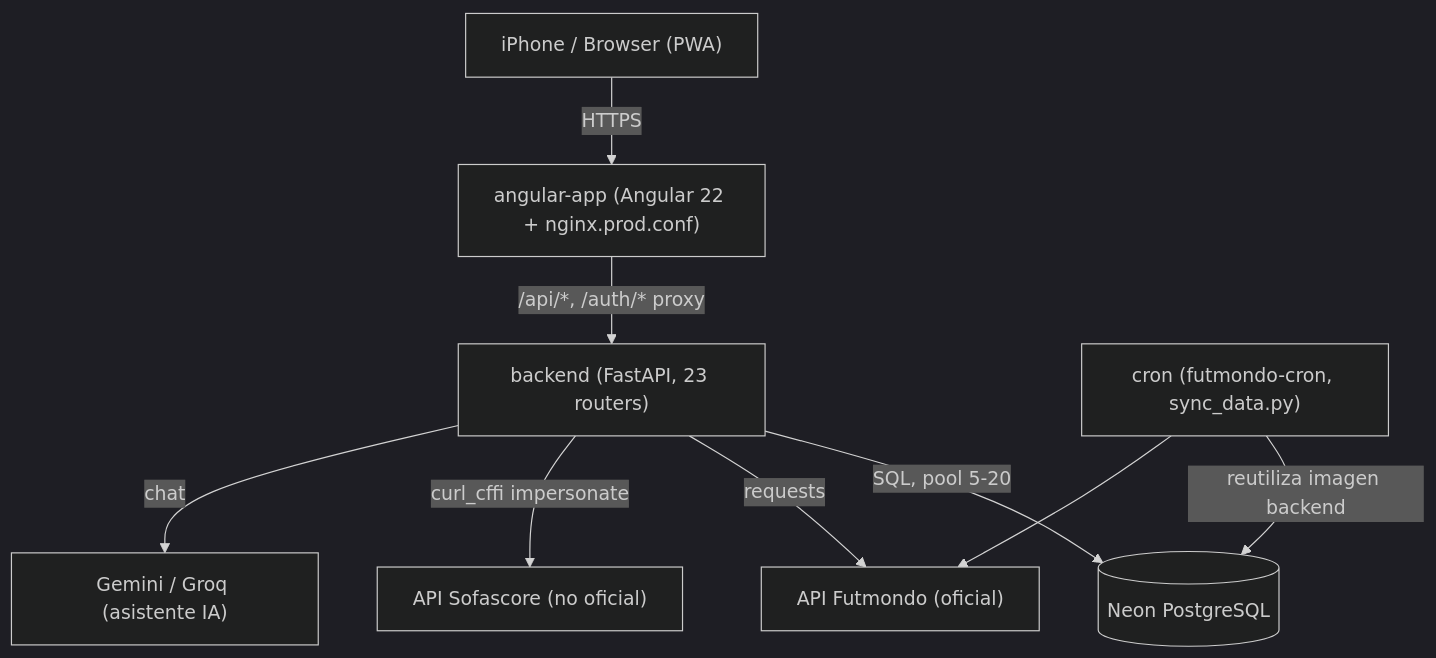
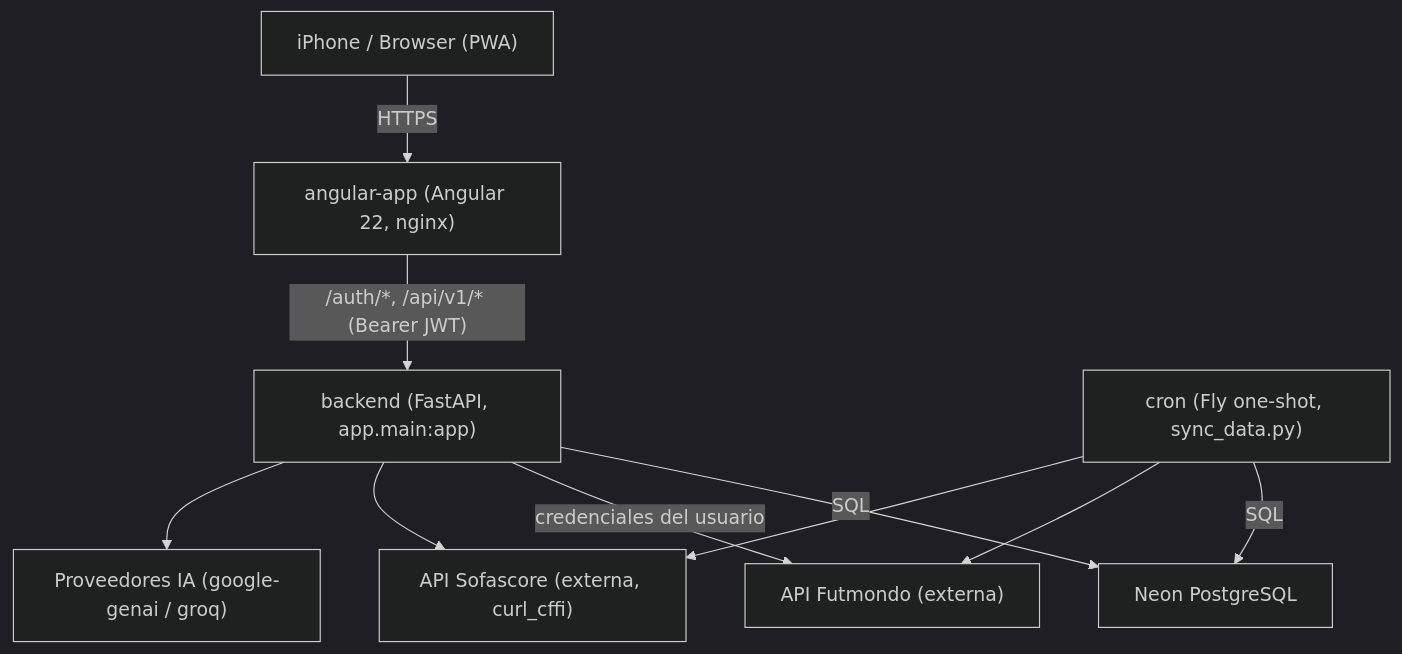
One commit to Mutinho/futmondo-analytics changed the first of 4 diagrams in aidlc/spaces/default/codekb/futmondo-analytics/architecture.md. Above: the diagram before and after it, drawn with Mermaid (dark theme). The commit also changed other lines of this file and 50 other files, not shown here.

````diff
--- a/aidlc/spaces/default/codekb/futmondo-analytics/architecture.md
+++ b/aidlc/spaces/default/codekb/futmondo-analytics/architecture.md
@@ -41,20 +23,21 @@
 ```mermaid
 graph TD
-    Browser["iPhone / Browser (PWA)"]
-    FE["angular-app (Angular 22 + nginx.prod.conf)"]
-    BE["backend (FastAPI, 23 routers)"]
-    DB[("Neon PostgreSQL")]
-    FM["API Futmondo (oficial)"]
-    SS["API Sofascore (no oficial)"]
-    CRON["cron (futmondo-cron, sync_data.py)"]
-    AI["Gemini / Groq (asistente IA)"]
+  User["iPhone / Browser (PWA)"]
+  FE["angular-app (Angular 22, nginx)"]
+  BE["backend (FastAPI, app.main:app)"]
+  DB["Neon PostgreSQL"]
+  Cron["cron (Fly one-shot, sync_data.py)"]
+  Futmondo["API Futmondo (externa)"]
+  Sofascore["API Sofascore (externa, curl_cffi)"]
+  IA["Proveedores IA (google-genai / groq)"]
 
-    Browser -->|HTTPS| FE
-    FE -->|/api/*, /auth/* proxy| BE
-    BE -->|SQL, pool 5-20| DB
-    BE -->|requests| FM
-    BE -->|curl_cffi impersonate| SS
-    BE -->|chat| AI
-    CRON -->|reutiliza imagen backend| DB
-    CRON --> FM
+  User -->|HTTPS| FE
+  FE -->|"/auth/*, /api/v1/* (Bearer JWT)"| BE
+  BE -->|SQL| DB
+  BE -->|"credenciales del usuario"| Futmondo
+  BE --> Sofascore
+  BE --> IA
+  Cron -->|SQL| DB
+  Cron --> Futmondo
+  Cron --> Sofascore
 ```
````
